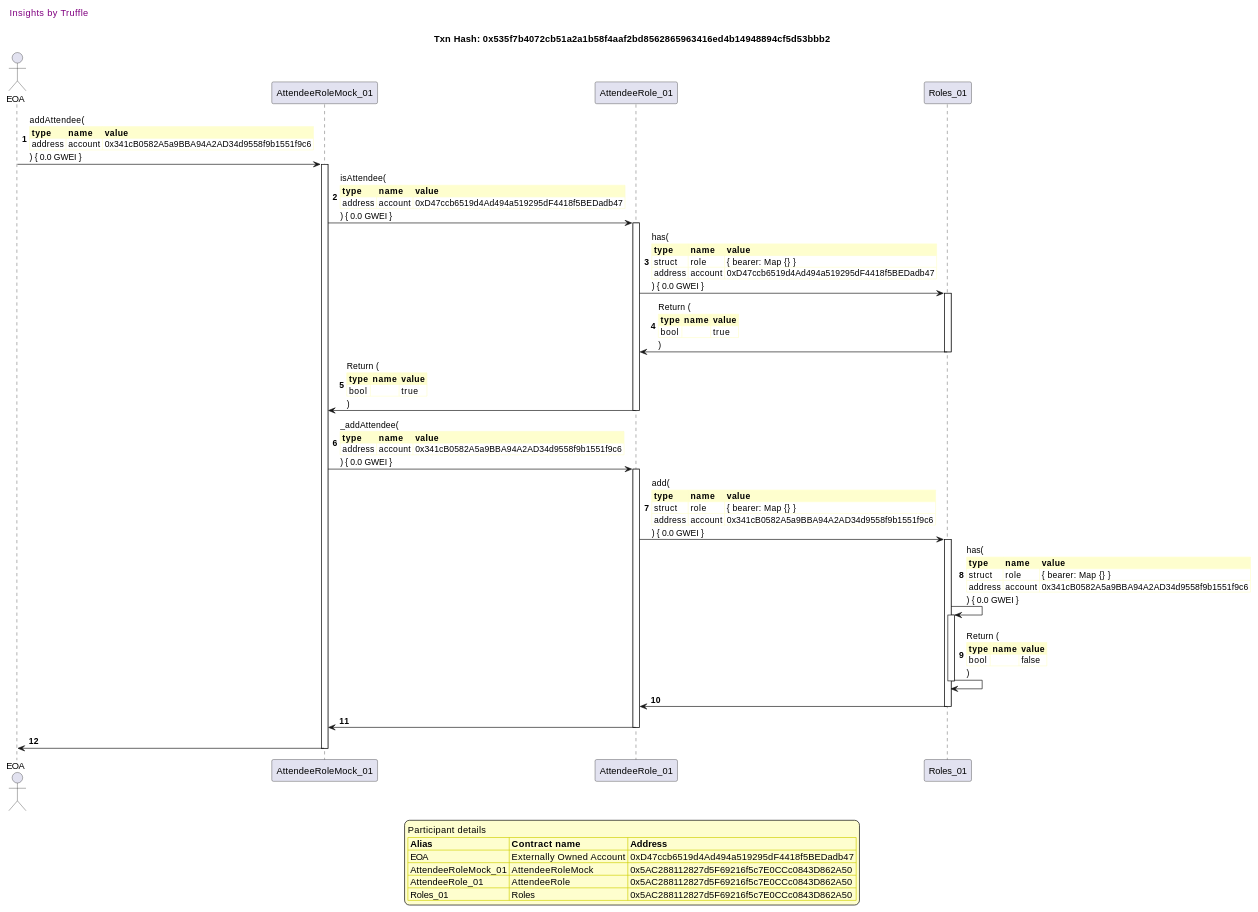
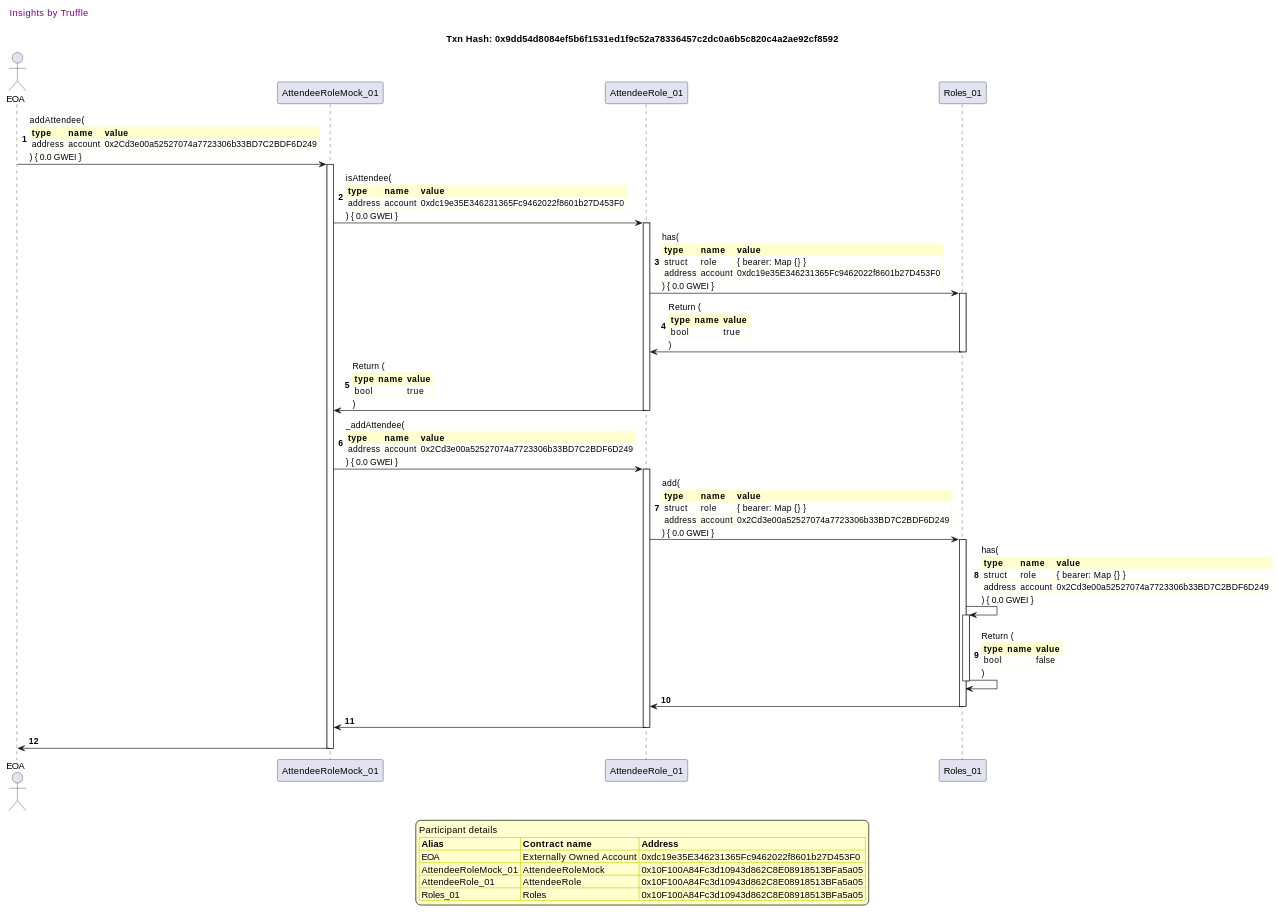
Before and after one commit to fodisi/hackapay: the tenth of 41 diagrams in truffle-seq/roles_attendeerole.md, drawn with PlantUML. The commit also changed other lines of this file and 10 other files, not shown here.

````diff
--- a/truffle-seq/roles_attendeerole.md
+++ b/truffle-seq/roles_attendeerole.md
@@ -716,81 +716,81 @@
 ```plantuml
 
 
 @startuml
 
 autonumber
 skinparam legendBackgroundColor #FEFECE
 
 <style>
       header {
         HorizontalAlignment left
         FontColor purple
         FontSize 14
         Padding 10
       }
     </style>
 
 header Insights by Truffle
 
-title Txn Hash: 0x535f7b4072cb51a2a1b58f4aaf2bd8562865963416ed4b14948894cf5d53bbb2
+title Txn Hash: 0x9dd54d8084ef5b6f1531ed1f9c52a78336457c2dc0a6b5c820c4a2ae92cf8592
 
 
 actor EOA as "EOA"
 participant AttendeeRoleMock_01 as "AttendeeRoleMock_01"
 participant AttendeeRole_01 as "AttendeeRole_01"
 participant Roles_01 as "Roles_01"
 
 "EOA" -> "AttendeeRoleMock_01" ++: addAttendee(\n\
 <#FEFECE,#FEFECE>|= type |= name |= value |\n\
-| address | account | 0x341cB0582A5a9BBA94A2AD34d9558f9b1551f9c6 |\n\
+| address | account | 0x2Cd3e00a52527074a7723306b33BD7C2BDF6D249 |\n\
 ) { 0.0 GWEI }
 "AttendeeRoleMock_01" -> "AttendeeRole_01" ++: isAttendee(\n\
 <#FEFECE,#FEFECE>|= type |= name |= value |\n\
-| address | account | 0xD47ccb6519d4Ad494a519295dF4418f5BEDadb47 |\n\
+| address | account | 0xdc19e35E346231365Fc9462022f8601b27D453F0 |\n\
 ) { 0.0 GWEI }
 "AttendeeRole_01" -> "Roles_01" ++: has(\n\
 <#FEFECE,#FEFECE>|= type |= name |= value |\n\
 | struct | role | { bearer: Map {} } |\n\
-| address | account | 0xD47ccb6519d4Ad494a519295dF4418f5BEDadb47 |\n\
+| address | account | 0xdc19e35E346231365Fc9462022f8601b27D453F0 |\n\
 ) { 0.0 GWEI }
 "Roles_01" -> "AttendeeRole_01" --: Return (\n\
 <#FEFECE,#FEFECE>|= type |= name |= value |\n\
 | bool |  | true |\n\
 )
 "AttendeeRole_01" -> "AttendeeRoleMock_01" --: Return (\n\
 <#FEFECE,#FEFECE>|= type |= name |= value |\n\
 | bool |  | true |\n\
 )
 "AttendeeRoleMock_01" -> "AttendeeRole_01" ++: _addAttendee(\n\
 <#FEFECE,#FEFECE>|= type |= name |= value |\n\
-| address | account | 0x341cB0582A5a9BBA94A2AD34d9558f9b1551f9c6 |\n\
+| address | account | 0x2Cd3e00a52527074a7723306b33BD7C2BDF6D249 |\n\
 ) { 0.0 GWEI }
 "AttendeeRole_01" -> "Roles_01" ++: add(\n\
 <#FEFECE,#FEFECE>|= type |= name |= value |\n\
 | struct | role | { bearer: Map {} } |\n\
-| address | account | 0x341cB0582A5a9BBA94A2AD34d9558f9b1551f9c6 |\n\
+| address | account | 0x2Cd3e00a52527074a7723306b33BD7C2BDF6D249 |\n\
 ) { 0.0 GWEI }
 "Roles_01" -> "Roles_01" ++: has(\n\
 <#FEFECE,#FEFECE>|= type |= name |= value |\n\
 | struct | role | { bearer: Map {} } |\n\
-| address | account | 0x341cB0582A5a9BBA94A2AD34d9558f9b1551f9c6 |\n\
+| address | account | 0x2Cd3e00a52527074a7723306b33BD7C2BDF6D249 |\n\
 ) { 0.0 GWEI }
 "Roles_01" -> "Roles_01" --: Return (\n\
 <#FEFECE,#FEFECE>|= type |= name |= value |\n\
 | bool |  | false |\n\
 )
 "Roles_01" -> "AttendeeRole_01" --: 
 "AttendeeRole_01" -> "AttendeeRoleMock_01" --: 
 "AttendeeRoleMock_01" -> "EOA" --: 
 
 legend
 Participant details
 <#FEFECE,#D0D000>|= Alias |= Contract name |= Address |
-<#FEFECE>| EOA | Externally Owned Account | 0xD47ccb6519d4Ad494a519295dF4418f5BEDadb47 |
-<#FEFECE>| AttendeeRoleMock_01 | AttendeeRoleMock | 0x5AC288112827d5F69216f5c7E0CCc0843D862A50 |
-<#FEFECE>| AttendeeRole_01 | AttendeeRole | 0x5AC288112827d5F69216f5c7E0CCc0843D862A50 |
-<#FEFECE>| Roles_01 | Roles | 0x5AC288112827d5F69216f5c7E0CCc0843D862A50 |
+<#FEFECE>| EOA | Externally Owned Account | 0xdc19e35E346231365Fc9462022f8601b27D453F0 |
+<#FEFECE>| AttendeeRoleMock_01 | AttendeeRoleMock | 0x10F100A84Fc3d10943d862C8E08918513BFa5a05 |
+<#FEFECE>| AttendeeRole_01 | AttendeeRole | 0x10F100A84Fc3d10943d862C8E08918513BFa5a05 |
+<#FEFECE>| Roles_01 | Roles | 0x10F100A84Fc3d10943d862C8E08918513BFa5a05 |
 endlegend
 
 @enduml
 ```
````
